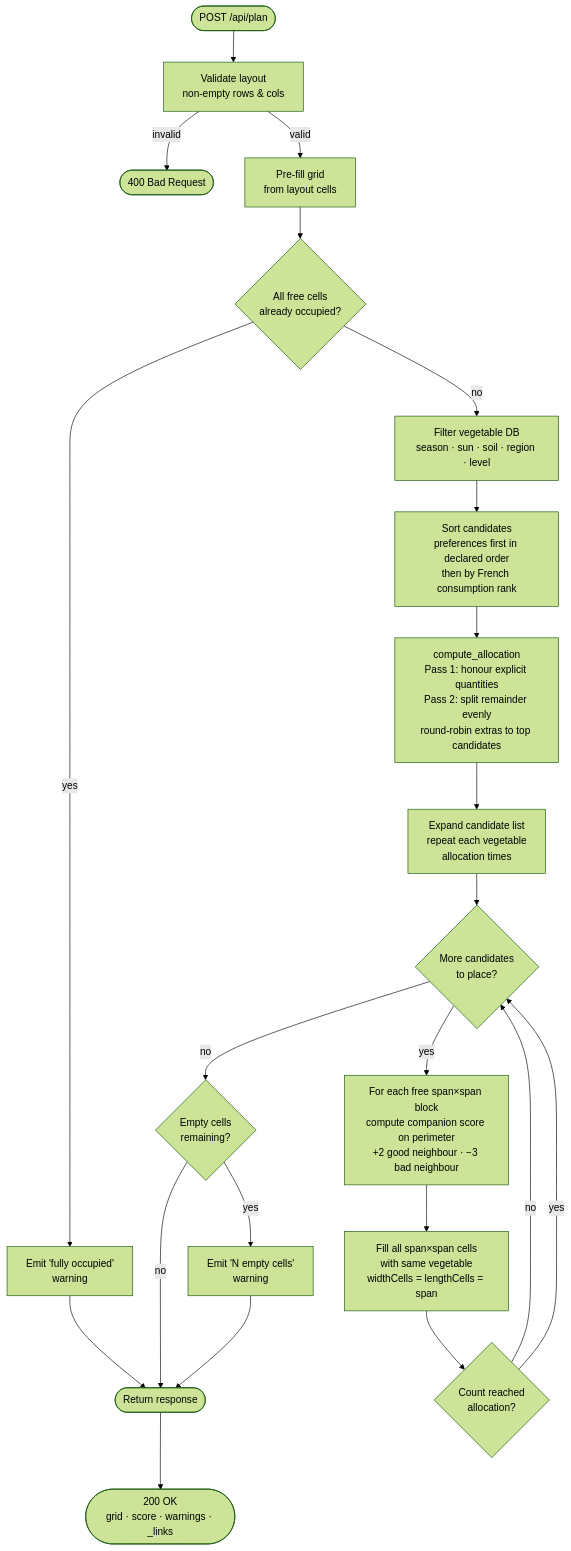
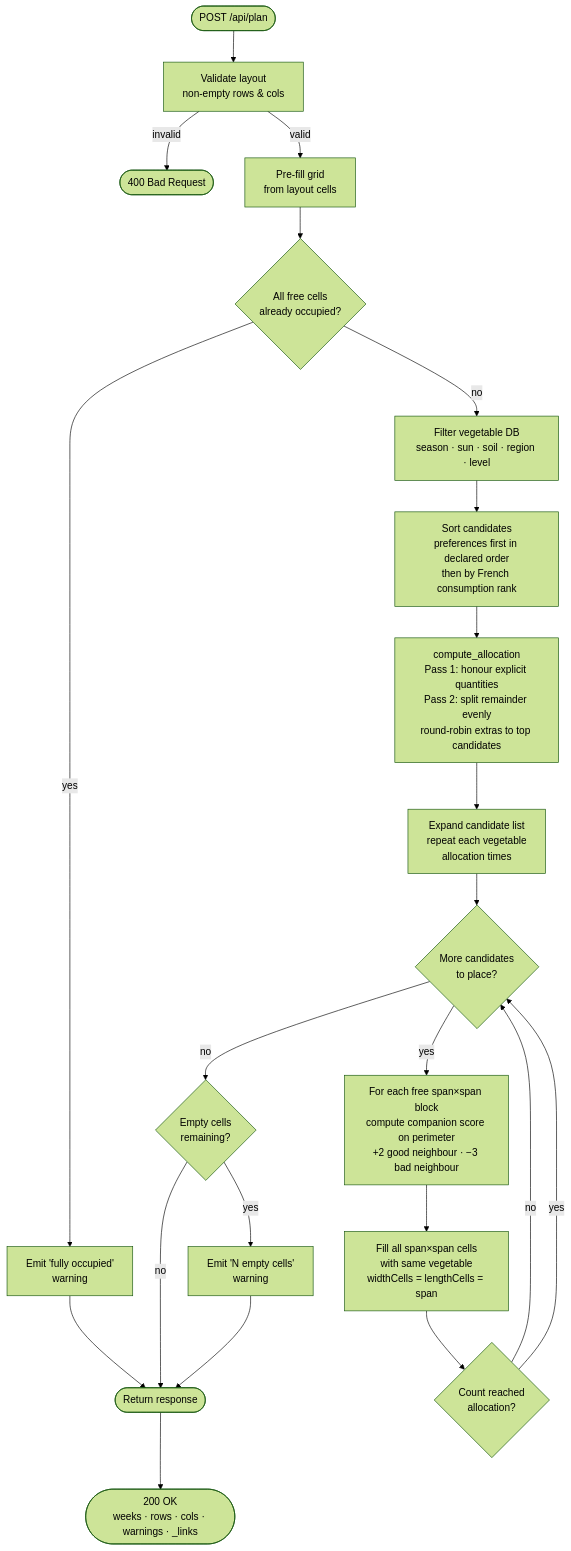
Before and after one commit to sbailleul/garden: the diagram in README.md, drawn with Mermaid (forest theme). The commit also changed other lines of this file and 16 other files, not shown here.

````diff
--- a/README.md
+++ b/README.md
@@ -252,24 +270,24 @@
 ```mermaid
 flowchart TD
     A([POST /api/plan]) --> B[Validate layout<br/>non-empty rows & cols]
     B -->|invalid| ERR([400 Bad Request])
     B -->|valid| C[Pre-fill grid<br/>from layout cells]
     C --> D{All free cells<br/>already occupied?}
     D -->|yes| WARN[Emit 'fully occupied'<br/>warning]
     WARN --> RESP([Return response])
     D -->|no| E[Filter vegetable DB<br/>season · sun · soil · region · level]
     E --> F[Sort candidates<br/>preferences first in declared order<br/>then by French consumption rank]
     F --> G[compute_allocation<br/>Pass 1: honour explicit quantities<br/>Pass 2: split remainder evenly<br/>round-robin extras to top candidates]
     G --> H[Expand candidate list<br/>repeat each vegetable<br/>allocation times]
     H --> I{More candidates<br/>to place?}
     I -->|no| J{Empty cells<br/>remaining?}
     I -->|yes| K[For each free span×span block<br/>compute companion score on perimeter<br/>+2 good neighbour · −3 bad neighbour]
     K --> L[Fill all span×span cells<br/>with same vegetable<br/>widthCells = lengthCells = span]
     L --> M{Count reached<br/>allocation?}
     M -->|no| I
     M -->|yes| I
     J -->|yes| N[Emit 'N empty cells'<br/>warning]
     J -->|no| RESP
     N --> RESP
-    RESP --> O([200 OK<br/>grid · score · warnings · _links])
+    RESP --> O([200 OK<br/>weeks · rows · cols · warnings · _links])
 ```
````
